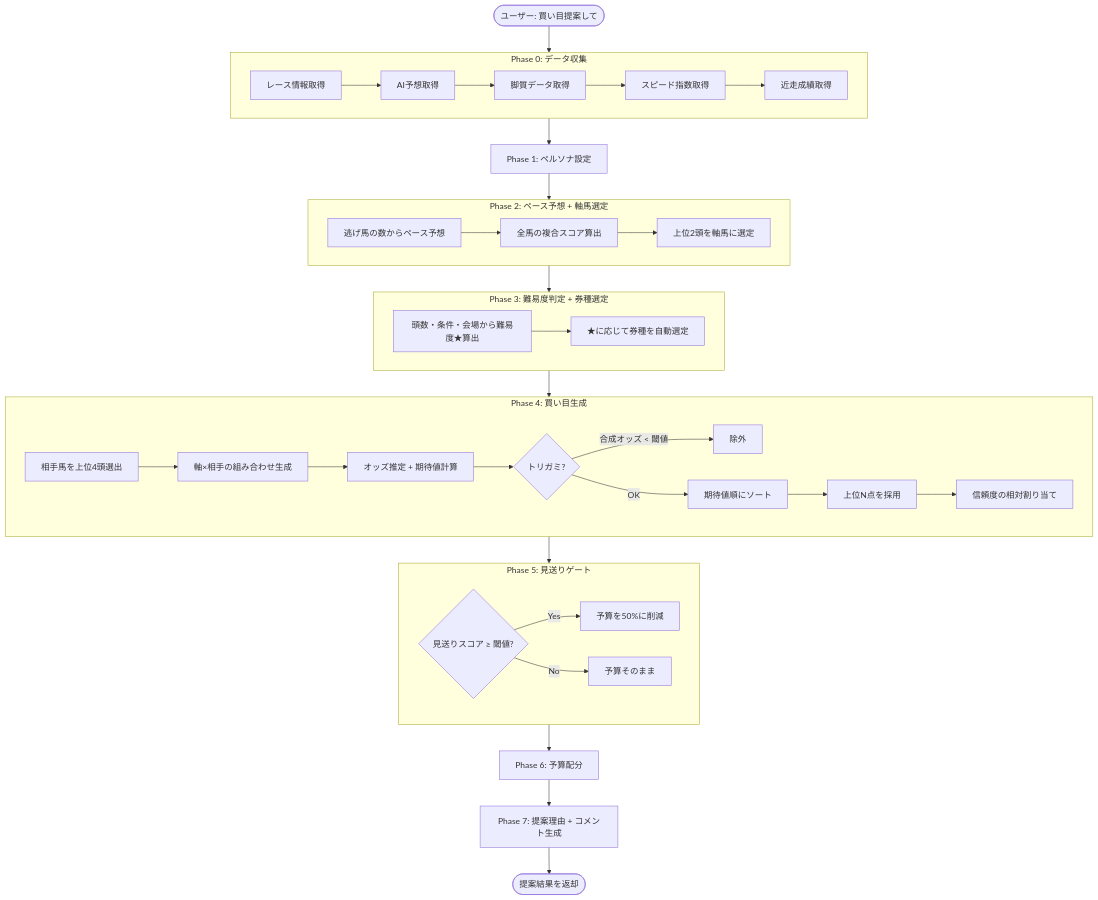
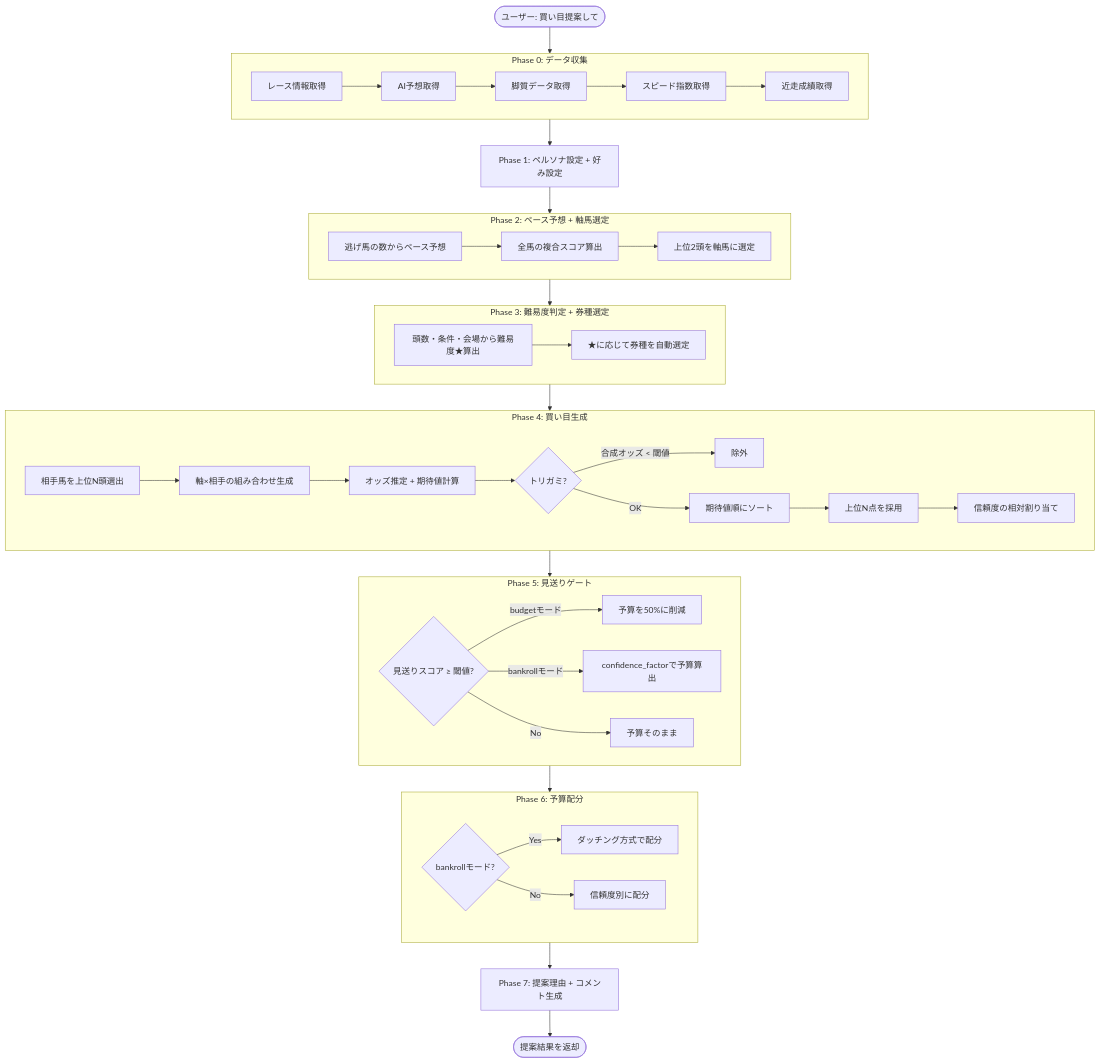
Before and after one commit to foie0222/baken-kaigi: the first of 14 diagrams in docs/bet-proposal-logic.md, drawn with Mermaid. The commit also changed other lines of this file, not shown here.

````diff
--- a/docs/bet-proposal-logic.md
+++ b/docs/bet-proposal-logic.md
@@ -7,49 +7,57 @@
 ```mermaid
 flowchart TD
     START([ユーザー: 買い目提案して]) --> P0
 
     subgraph P0 [Phase 0: データ収集]
         P0A[レース情報取得] --> P0B[AI予想取得]
         P0B --> P0C[脚質データ取得]
         P0C --> P0D[スピード指数取得]
         P0D --> P0E[近走成績取得]
     end
 
-    P0 --> P1[Phase 1: ペルソナ設定]
+    P0 --> P1[Phase 1: ペルソナ設定 + 好み設定]
     P1 --> P2
 
     subgraph P2 [Phase 2: ペース予想 + 軸馬選定]
         P2A[逃げ馬の数からペース予想] --> P2B[全馬の複合スコア算出]
         P2B --> P2C[上位2頭を軸馬に選定]
     end
 
     P2 --> P3
 
     subgraph P3 [Phase 3: 難易度判定 + 券種選定]
         P3A[頭数・条件・会場から難易度★算出] --> P3B[★に応じて券種を自動選定]
     end
 
     P3 --> P4
 
     subgraph P4 [Phase 4: 買い目生成]
-        P4A[相手馬を上位4頭選出] --> P4B[軸×相手の組み合わせ生成]
+        P4A[相手馬を上位N頭選出] --> P4B[軸×相手の組み合わせ生成]
         P4B --> P4C[オッズ推定 + 期待値計算]
         P4C --> P4D{トリガミ?}
         P4D -->|合成オッズ < 閾値| P4E[除外]
         P4D -->|OK| P4F[期待値順にソート]
         P4F --> P4G[上位N点を採用]
         P4G --> P4H[信頼度の相対割り当て]
     end
 
     P4 --> P5
 
     subgraph P5 [Phase 5: 見送りゲート]
         P5A{見送りスコア ≥ 閾値?}
-        P5A -->|Yes| P5B[予算を50%に削減]
+        P5A -->|budgetモード| P5B[予算を50%に削減]
+        P5A -->|bankrollモード| P5F[confidence_factorで予算算出]
         P5A -->|No| P5C[予算そのまま]
     end
 
-    P5 --> P6[Phase 6: 予算配分]
+    P5 --> P6
+
+    subgraph P6 [Phase 6: 予算配分]
+        P6A{bankrollモード?}
+        P6A -->|Yes| P6B[ダッチング方式で配分]
+        P6A -->|No| P6C[信頼度別に配分]
+    end
+
     P6 --> P7[Phase 7: 提案理由 + コメント生成]
     P7 --> RESULT([提案結果を返却])
 ```
````
